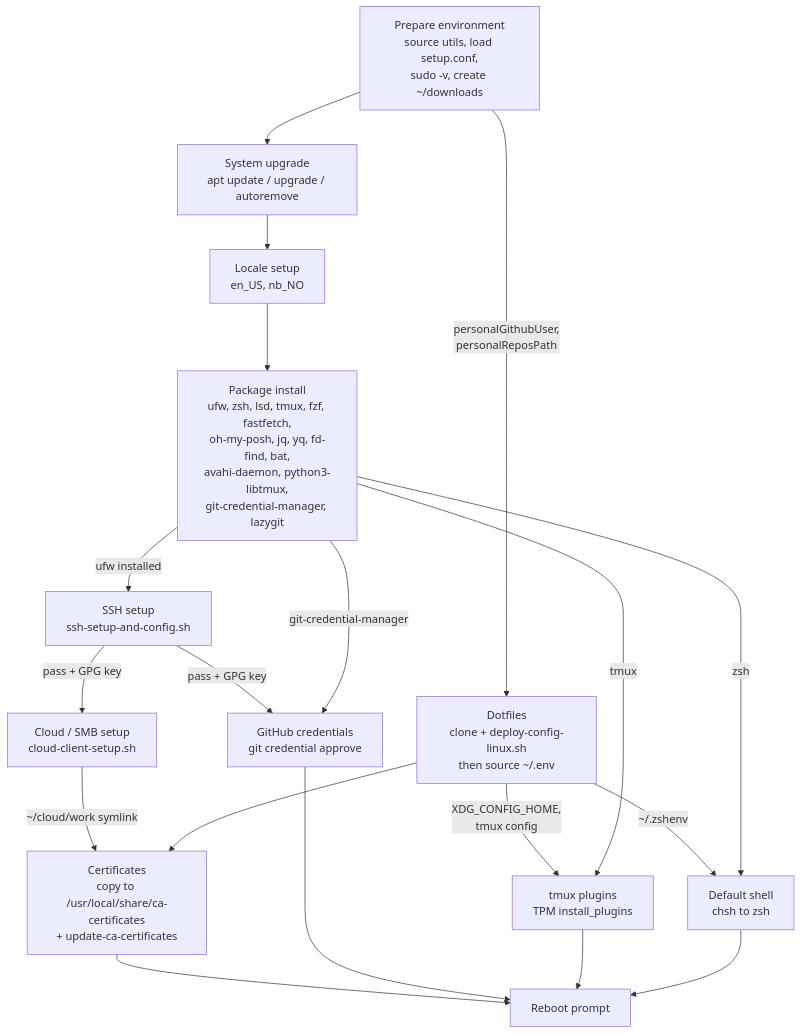
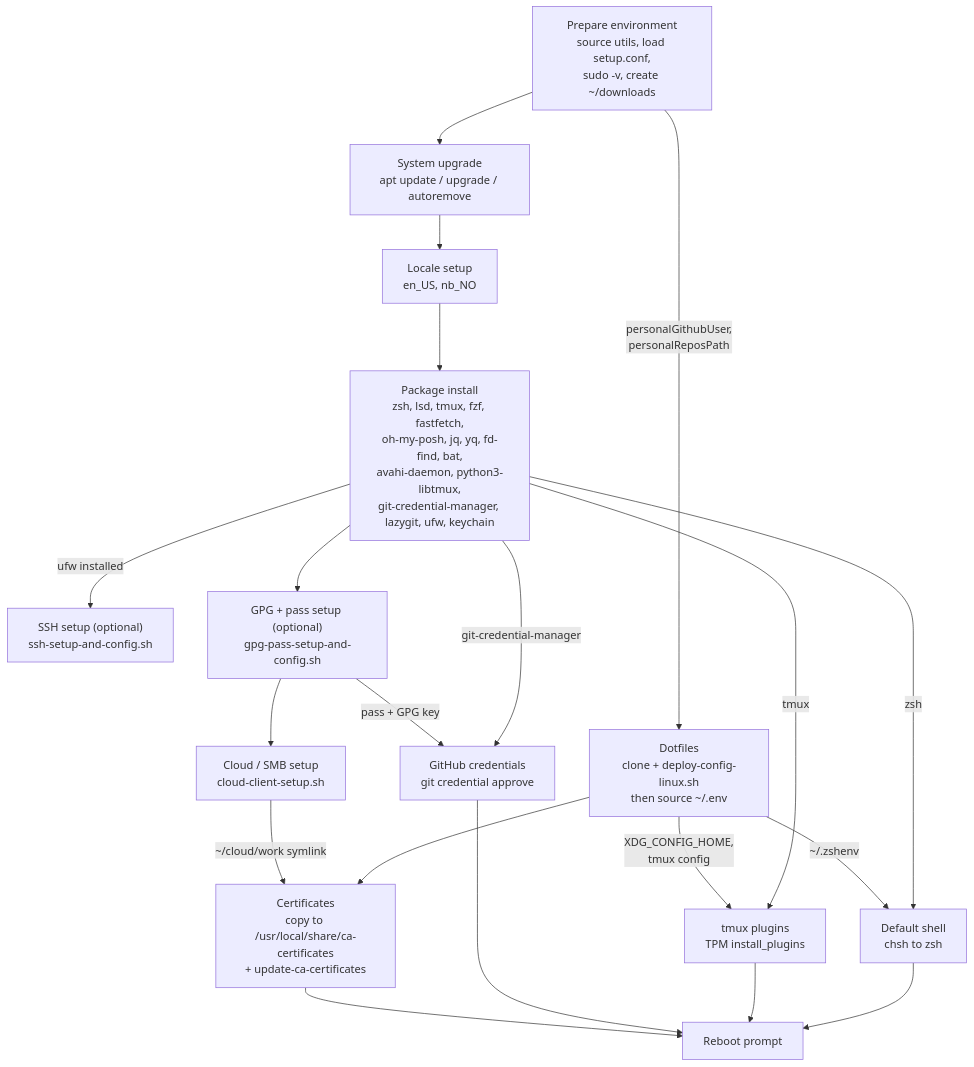
The second of 4 diagrams in DEPENDENCIES.md (norsemangrey/linux-setup-deployer), drawn with Mermaid before and after one commit. The commit also changed other lines of this file and 7 other files, not shown here.

First line of the commit message:
Add optional GPG/pass setup and feature selection config

````diff
--- a/DEPENDENCIES.md
+++ b/DEPENDENCIES.md
@@ -51,32 +57,34 @@
 ```mermaid
 flowchart TD
     A["Prepare environment<br/>source utils, load setup.conf,<br/>sudo -v, create ~/downloads"]
     B["System upgrade<br/>apt update / upgrade / autoremove"]
     C["Locale setup<br/>en_US, nb_NO"]
-    D["Package install<br/>ufw, zsh, lsd, tmux, fzf, fastfetch,<br/>oh-my-posh, jq, yq, fd-find, bat,<br/>avahi-daemon, python3-libtmux,<br/>git-credential-manager, lazygit"]
-    E["SSH setup<br/>ssh-setup-and-config.sh"]
+    D["Package install<br/>zsh, lsd, tmux, fzf, fastfetch,<br/>oh-my-posh, jq, yq, fd-find, bat,<br/>avahi-daemon, python3-libtmux,<br/>git-credential-manager, lazygit, ufw, keychain"]
+    E["SSH setup (optional)<br/>ssh-setup-and-config.sh"]
+    E2["GPG + pass setup (optional)<br/>gpg-pass-setup-and-config.sh"]
     F["Cloud / SMB setup<br/>cloud-client-setup.sh"]
     G["Dotfiles<br/>clone + deploy-config-linux.sh<br/>then source ~/.env"]
     H["Certificates<br/>copy to /usr/local/share/ca-certificates<br/>+ update-ca-certificates"]
     I["GitHub credentials<br/>git credential approve"]
     J["tmux plugins<br/>TPM install_plugins"]
     K["Default shell<br/>chsh to zsh"]
     L["Reboot prompt"]
 
     A --> B --> C --> D
     D -->|ufw installed| E
-    E -->|pass + GPG key| F
-    E -->|pass + GPG key| I
+    E2 --> F
+    D --> E2
+    E2 -->|pass + GPG key| I
     D -->|git-credential-manager| I
     F -->|~/cloud/work symlink| H
     A -->|personalGithubUser,<br/>personalReposPath| G
     G -->|XDG_CONFIG_HOME,<br/>tmux config| J
     D -->|tmux| J
     G -->|~/.zshenv| K
     D -->|zsh| K
     G --> H
     H --> L
     I --> L
     J --> L
     K --> L
 ```
````
